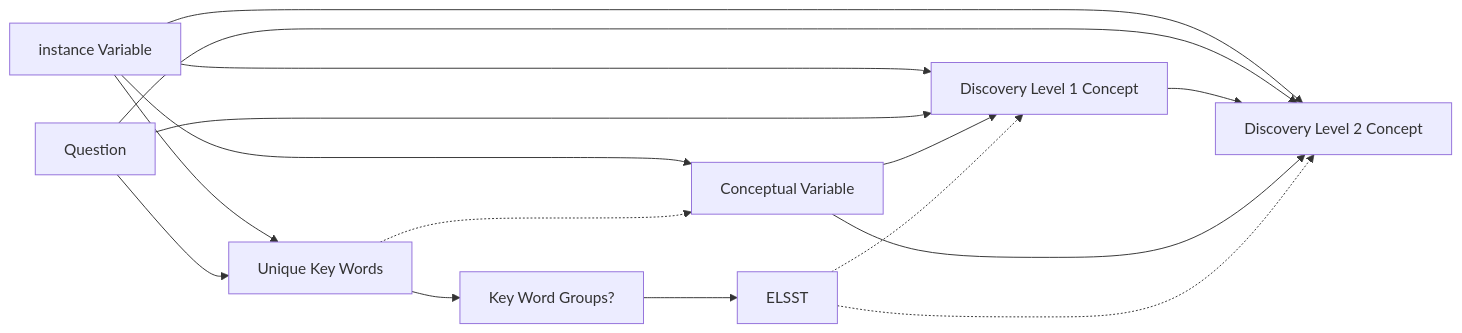
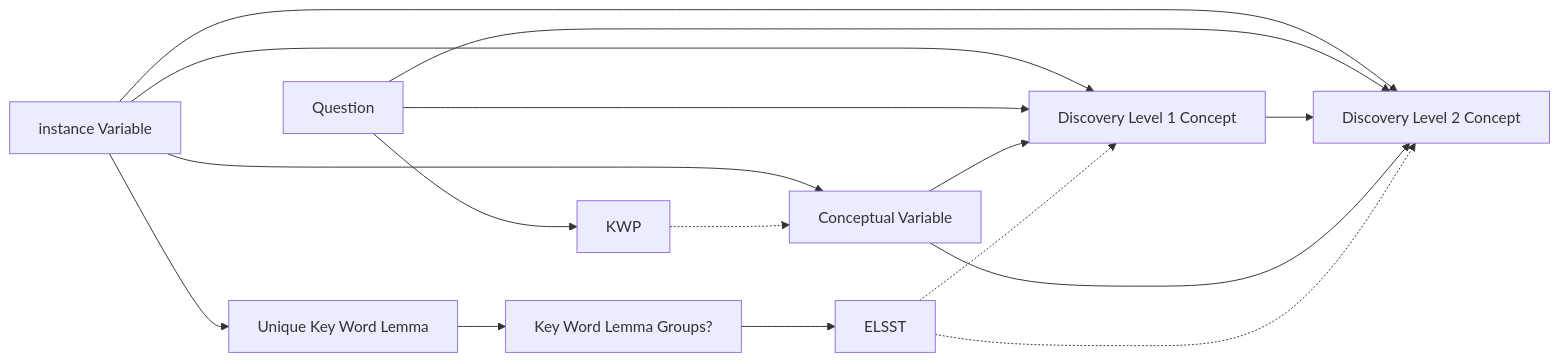
Before and after one commit to CLOSER-Cohorts/closer-vocabulary-2026: the second of 4 diagrams in README.md, drawn with Mermaid. The commit also changed other lines of this file, not shown here.

````diff
--- a/README.md
+++ b/README.md
@@ -25,21 +25,21 @@
 ``` mermaid
 
 flowchart LR
 
  IV[instance Variable] --> L1
  IV[instance Variable] --> L2
  Question --> L1
  Question --> L2
  L1[Discovery Level 1 Concept] --> L2[Discovery Level 2 Concept]
  IV[instance Variable] --> CV
  CV[Conceptual Variable] -->L1
  CV[Conceptual Variable] -->L2
- IV --> KWP[Unique Key Words]
- KWP --> KWPG[Key Word Groups?]
- KWPG --> ELSST
+ IV --> KWL[Unique Key Word Lemma]
+ KWL --> KWLG[Key Word Lemma Groups?]
+ KWLG --> ELSST
  ELSST -.-> L1
  ELSST -.-> L2
  Question --> KWP
  KWP -.-> CV
 
 ```
````
